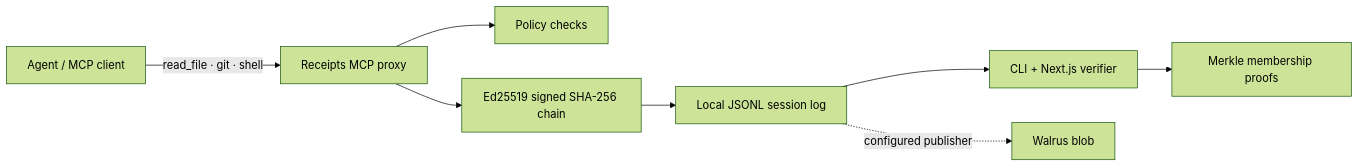
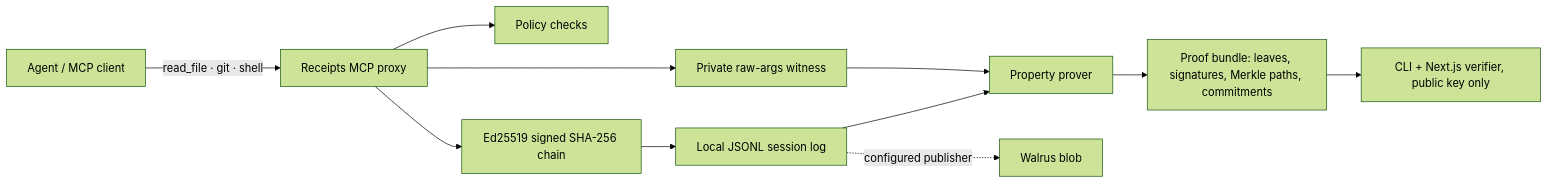
One commit to nickthelegend/blackbox-receipts changed the diagram in README.md. Above: the diagram before and after it, drawn with Mermaid (forest theme). The commit also changed other lines of this file and 2 other files, not shown here.

First line of the commit message:
docs: 2-minute Open Agent "Explain Why" video script and proof docs

````diff
--- a/README.md
+++ b/README.md
@@ -5,10 +5,13 @@
 ```mermaid
 flowchart LR
   A[Agent / MCP client] -->|read_file · git · shell| P[Receipts MCP proxy]
   P --> G[Policy checks]
   P --> S[Ed25519 signed SHA-256 chain]
   S --> L[Local JSONL session log]
-  L --> V[CLI + Next.js verifier]
-  V --> M[Merkle membership proofs]
+  P --> X[Private raw-args witness]
+  L --> Q[Property prover]
+  X --> Q
+  Q --> B[Proof bundle: leaves, signatures, Merkle paths, commitments]
+  B --> V[CLI + Next.js verifier, public key only]
   L -. configured publisher .-> W[Walrus blob]
 ```
````
